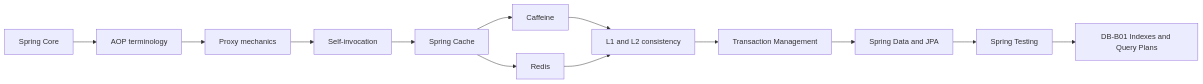
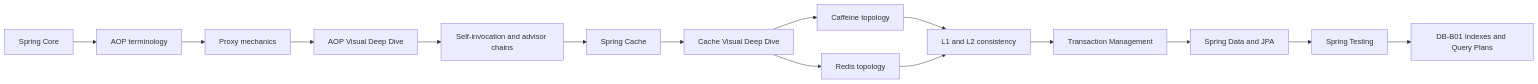
The diagram in 30_CERTIFICATIONS/Spring/2V0-72.22/Spring AOP and Cache Roadmap.md (alimbetov/obsidian), drawn with Mermaid before and after one commit. The commit also changed other lines of this file, not shown here.

Commit message:
docs: integrate AOP and Cache visual learning route

````diff
--- a/30_CERTIFICATIONS/Spring/2V0-72.22/Spring AOP and Cache Roadmap.md
+++ b/30_CERTIFICATIONS/Spring/2V0-72.22/Spring AOP and Cache Roadmap.md
@@ -38,15 +40,17 @@
 ```mermaid
 flowchart LR
     C[Spring Core] --> A[AOP terminology]
     A --> P[Proxy mechanics]
-    P --> S[Self-invocation]
+    P --> AV[AOP Visual Deep Dive]
+    AV --> S[Self-invocation and advisor chains]
     S --> K[Spring Cache]
-    K --> CF[Caffeine]
-    K --> R[Redis]
+    K --> KV[Cache Visual Deep Dive]
+    KV --> CF[Caffeine topology]
+    KV --> R[Redis topology]
     CF --> L2[L1 and L2 consistency]
     R --> L2
     L2 --> TX[Transaction Management]
     TX --> DATA[Spring Data and JPA]
     DATA --> TEST[Spring Testing]
     TEST --> DB[DB-B01 Indexes and Query Plans]
 ```
````
